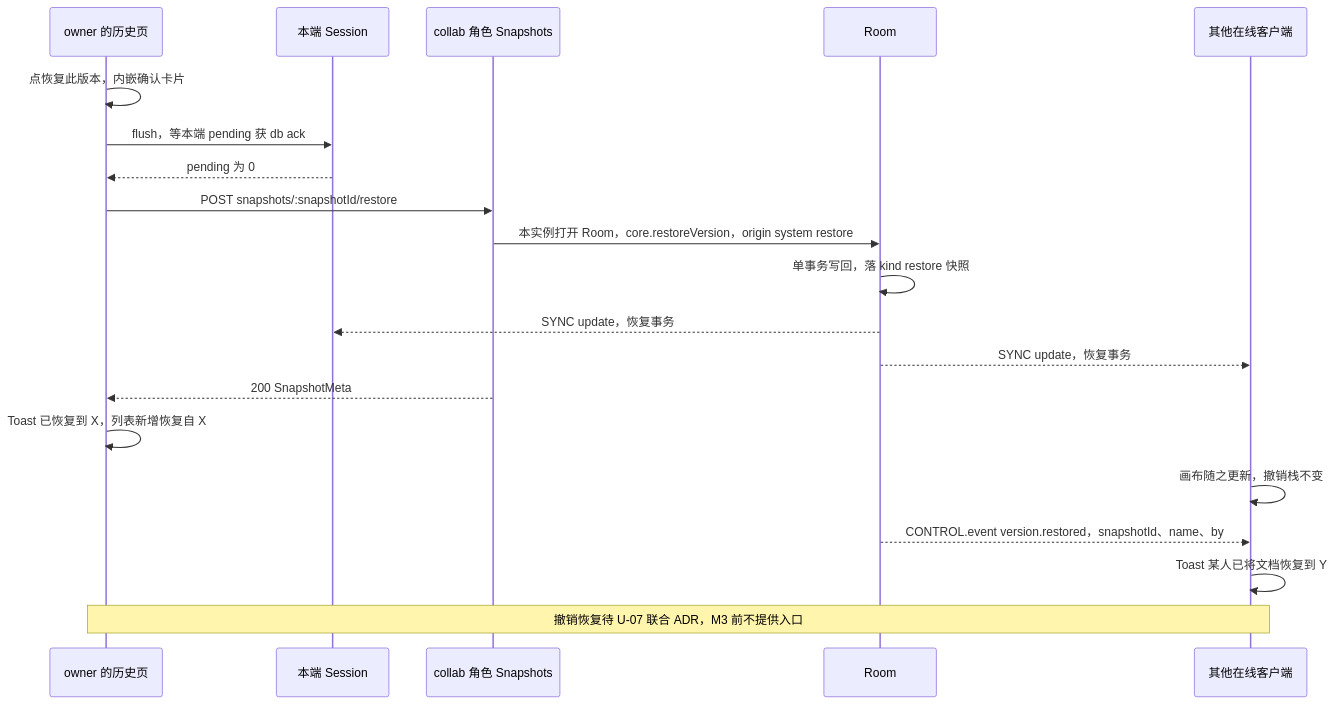
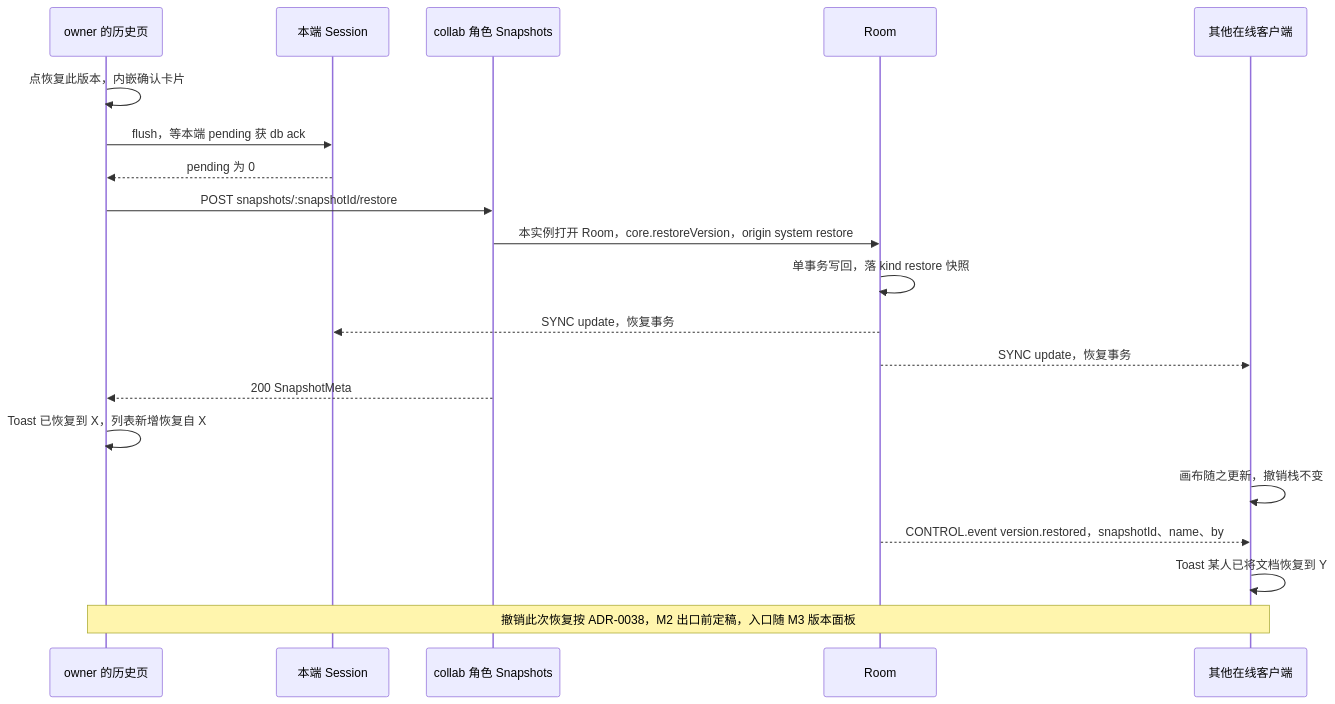
Before and after one commit to Xeonice/cordis-ppt-editor: the fifth of 5 diagrams in docs/50-frontend/08-comments-and-version-history.md, drawn with Mermaid. The commit also changed other lines of this file and 31 other files, not shown here.

````diff
--- a/docs/50-frontend/08-comments-and-version-history.md
+++ b/docs/50-frontend/08-comments-and-version-history.md
@@ -240,22 +240,22 @@
 ```mermaid
 sequenceDiagram
   participant U as owner 的历史页
   participant S as 本端 Session
   participant API as collab 角色 Snapshots
   participant R as Room
   participant B as 其他在线客户端
   U->>U: 点恢复此版本，内嵌确认卡片
   U->>S: flush，等本端 pending 获 db ack
   S-->>U: pending 为 0
   U->>API: POST snapshots/:snapshotId/restore
   API->>R: 本实例打开 Room，core.restoreVersion，origin system restore
   R->>R: 单事务写回，落 kind restore 快照
   R-->>S: SYNC update，恢复事务
   R-->>B: SYNC update，恢复事务
   API-->>U: 200 SnapshotMeta
   U->>U: Toast 已恢复到 X，列表新增恢复自 X
   B->>B: 画布随之更新，撤销栈不变
   R-->>B: CONTROL.event version.restored，snapshotId、name、by
   B->>B: Toast 某人已将文档恢复到 Y
-  Note over U,B: 撤销恢复待 U-07 联合 ADR，M3 前不提供入口
+  Note over U,B: 撤销此次恢复按 ADR-0038，M2 出口前定稿，入口随 M3 版本面板
 ```
````
